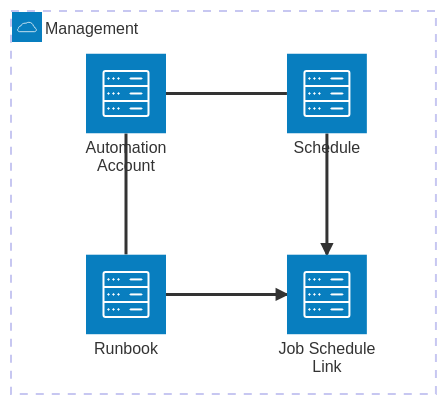
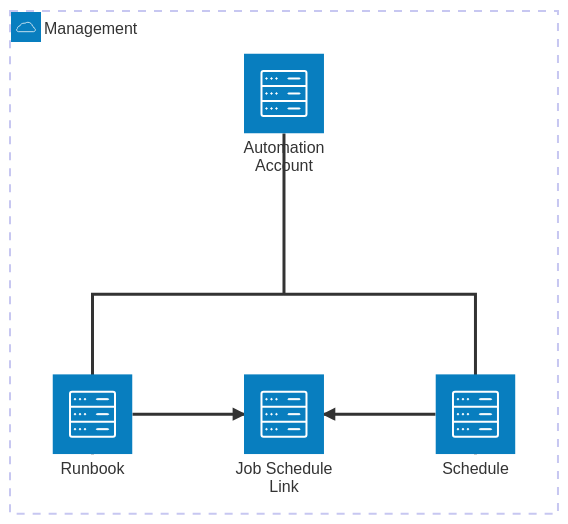
Before and after one commit to drewkg/Azure: the diagram in Bicep/Resource/AutomationAccountJobSchedule/ReadMe.md, drawn with Mermaid. The commit also changed other lines of this file and 2 other files, not shown here.

Commit message:
Update ARM, Readme

````diff
--- a/Bicep/Resource/AutomationAccountJobSchedule/ReadMe.md
+++ b/Bicep/Resource/AutomationAccountJobSchedule/ReadMe.md
@@ -5,17 +5,19 @@
 ```mermaid
----
-title: Automation Account, Runbook and Schedule
----
 	architecture-beta
 		group automation(cloud)[Management]
 
-		service server(server)[Automation Account] in automation
+		service automationaccount(server)[Automation Account] in automation
 		service runbook(server)[Runbook] in automation
 		service schedule(server)[Schedule] in automation
 		service link(server)[Job Schedule Link] in automation
 
-		server:B -- T:runbook
-		server:R -- L:schedule
+		junction junctionRight in automation
+
+		automationaccount:B -- T:junctionRight
+
+		junctionRight:L -- B:runbook
+		junctionRight:R -- B:schedule
+
 		runbook:R --> L:link
-		schedule:B --> T:link
+		schedule:L --> R:link
 ```
````
